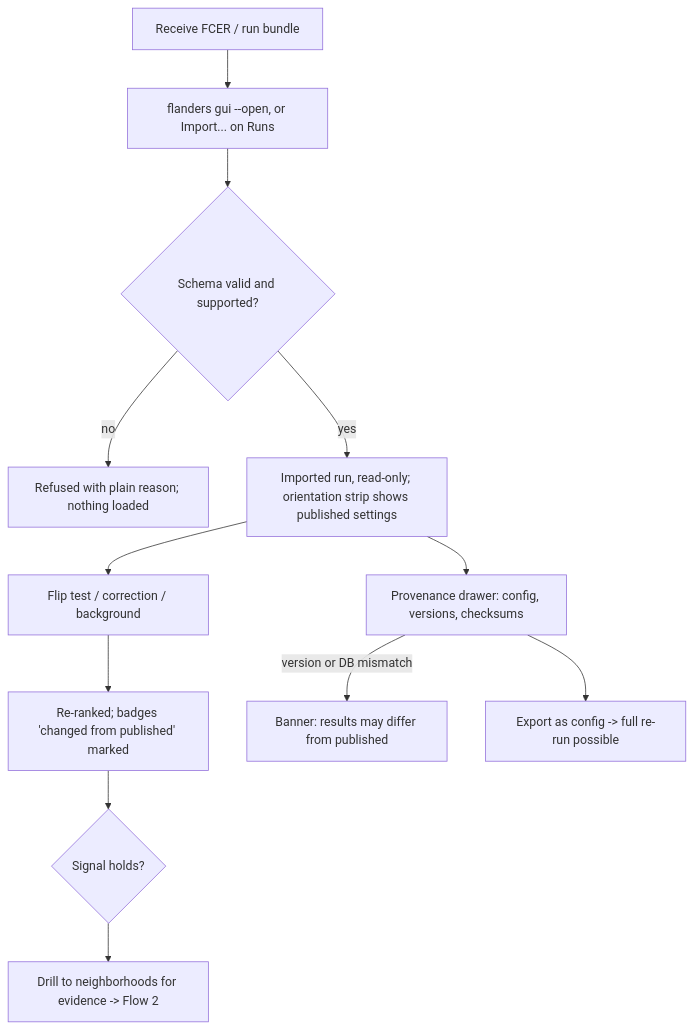
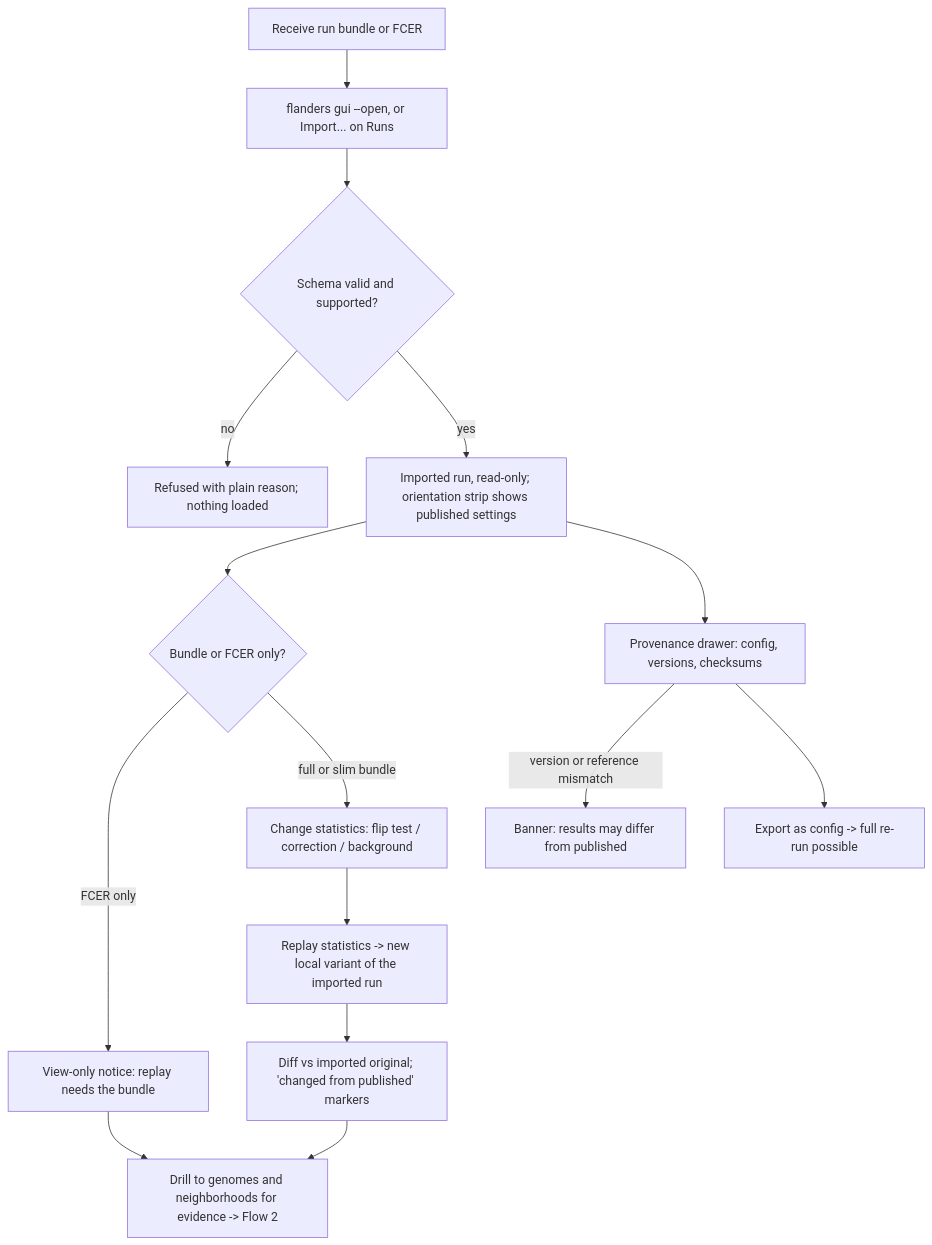
The fifth of 6 diagrams in docs/planning/ux-design-specification.md (kklicki350/flanders), drawn with Mermaid before and after one commit. The commit also changed other lines of this file, not shown here.

First line of the commit message:
Revise UX spec to architecture validation decisions

````diff
--- a/docs/planning/ux-design-specification.md
+++ b/docs/planning/ux-design-specification.md
@@ -443,14 +479,16 @@
 ```mermaid
 flowchart TD
-    A[Receive FCER / run bundle] --> B[flanders gui --open, or Import... on Runs]
+    A[Receive run bundle or FCER] --> B[flanders gui --open, or Import... on Runs]
     B --> C{Schema valid and supported?}
     C -- no --> D[Refused with plain reason; nothing loaded]
     C -- yes --> E[Imported run, read-only; orientation strip shows published settings]
-    E --> F[Flip test / correction / background]
-    F --> G[Re-ranked; badges 'changed from published' marked]
-    G --> H{Signal holds?}
-    H --> I[Drill to neighborhoods for evidence -> Flow 2]
+    E --> Q{Bundle or FCER only?}
+    Q -- FCER only --> W[View-only notice: replay needs the bundle] --> I
+    Q -- full or slim bundle --> F[Change statistics: flip test / correction / background]
+    F --> G[Replay statistics -> new local variant of the imported run]
+    G --> H[Diff vs imported original; 'changed from published' markers]
+    H --> I[Drill to genomes and neighborhoods for evidence -> Flow 2]
     E --> J[Provenance drawer: config, versions, checksums]
-    J -- version or DB mismatch --> K[Banner: results may differ from published]
+    J -- version or reference mismatch --> K[Banner: results may differ from published]
     J --> L[Export as config -> full re-run possible]
 ```
````
